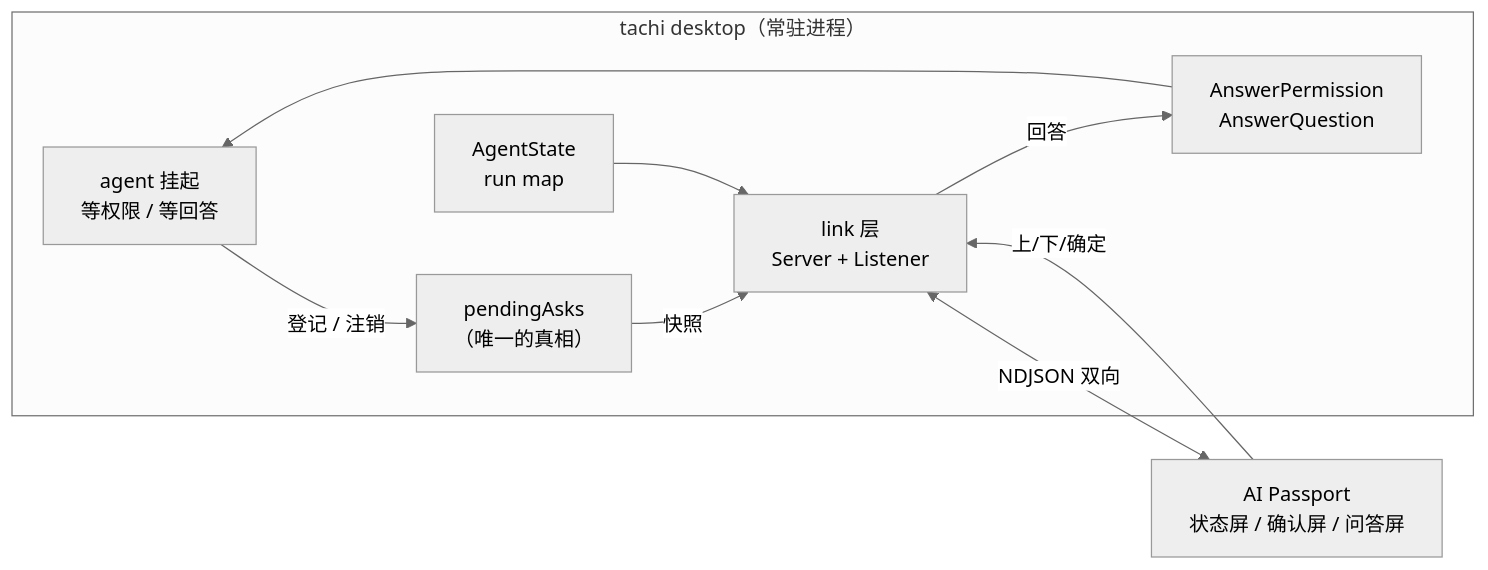
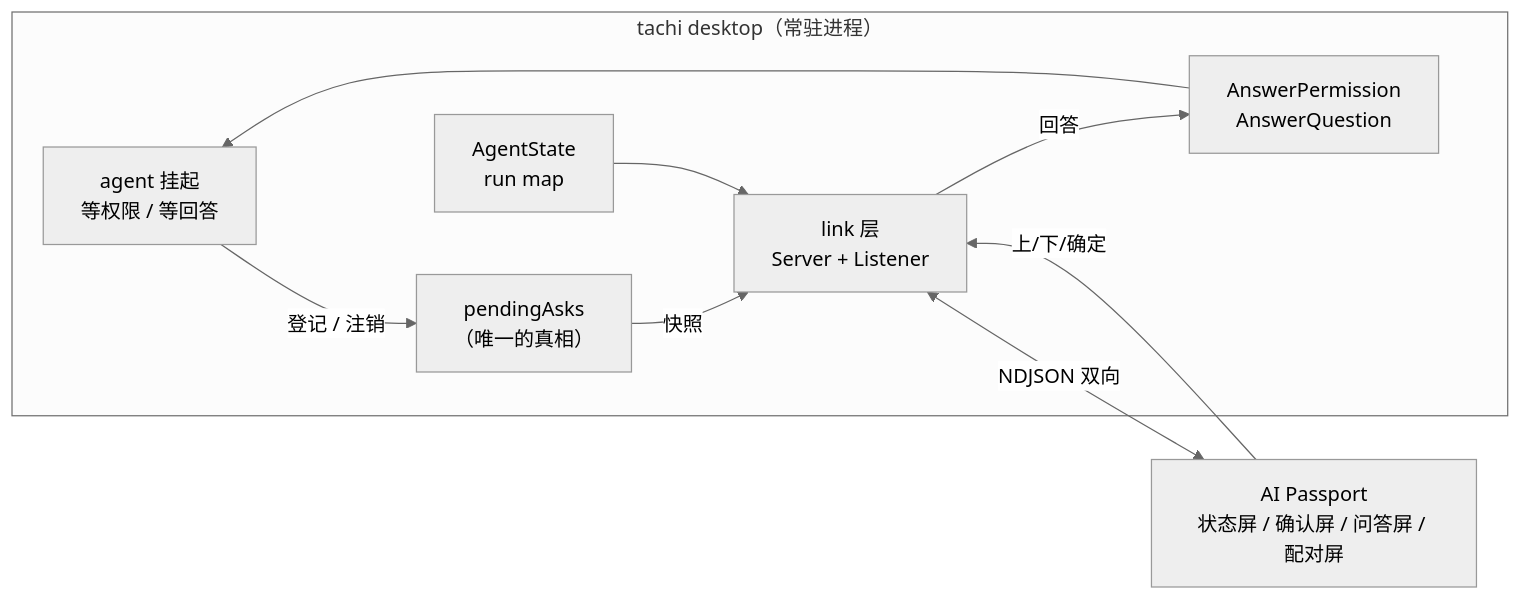
One commit to monsterxx03/tachi changed the diagram in docs/2026-09-28-agent-badge-link-design.md. Above: the diagram before and after it, drawn with Mermaid (neutral theme). The commit also changed other lines of this file and 9 other files, not shown here.

````diff
--- a/docs/2026-09-28-agent-badge-link-design.md
+++ b/docs/2026-09-28-agent-badge-link-design.md
@@ -43,15 +43,15 @@
 ```mermaid
 flowchart LR
     subgraph PC["tachi desktop（常驻进程）"]
         A["agent 挂起<br/>等权限 / 等回答"]
         B["pendingAsks<br/>（唯一的真相）"]
         C["link 层<br/>Server + Listener"]
         A -- "登记 / 注销" --> B
         B -- "快照" --> C
         C -- "回答" --> D["AnswerPermission<br/>AnswerQuestion"]
         D --> A
         E["AgentState<br/>run map"] --> C
     end
-    C <-- "NDJSON 双向" --> F["AI Passport<br/>状态屏 / 确认屏 / 问答屏"]
+    C <-- "NDJSON 双向" --> F["AI Passport<br/>状态屏 / 确认屏 / 问答屏 / 配对屏"]
     F -- "上/下/确定" --> C
 ```
````
